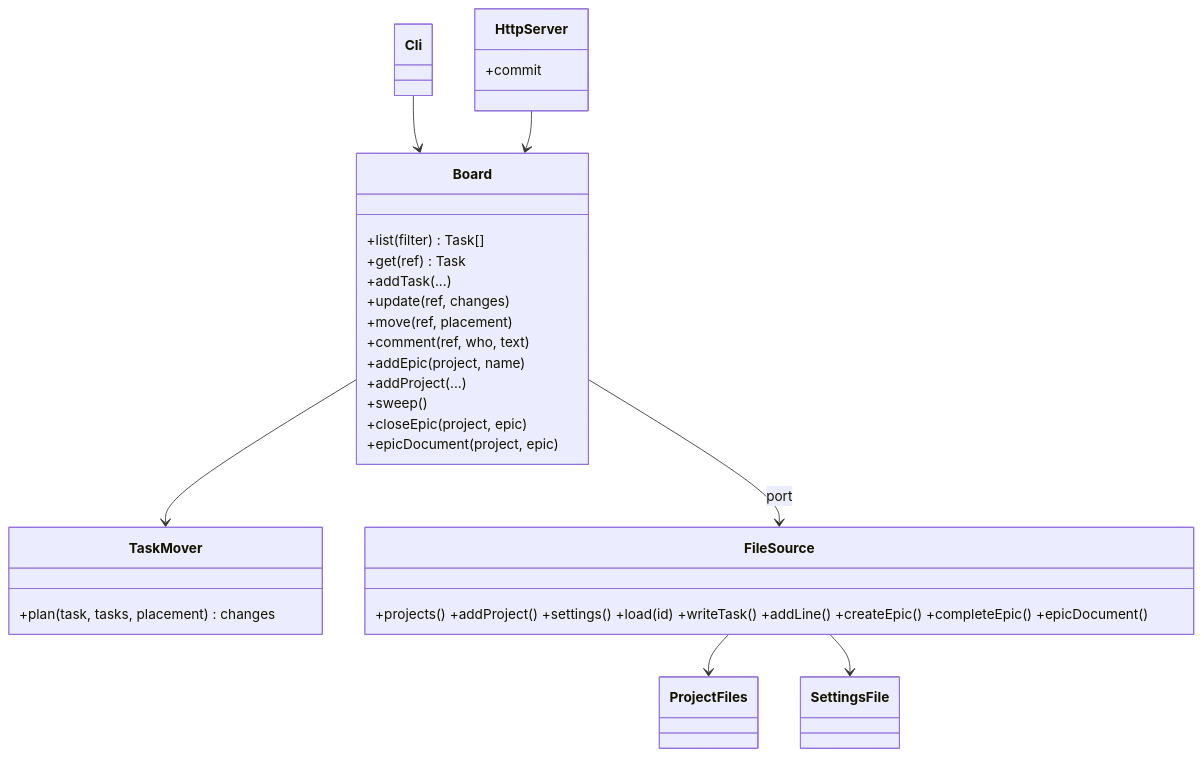
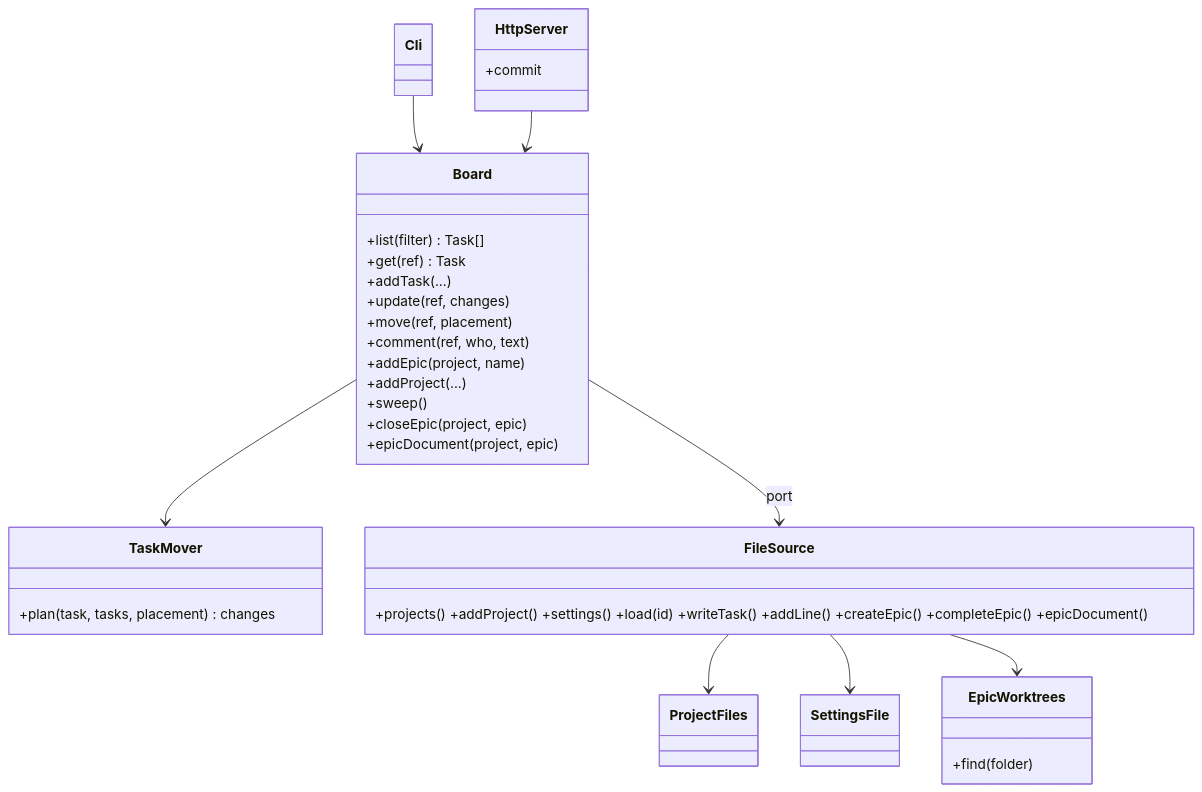
The diagram in Docs/Architecture.md (TabuNuf/doit), drawn with Mermaid before and after one commit. The commit also changed other lines of this file and 7 other files, not shown here.

````diff
--- a/Docs/Architecture.md
+++ b/Docs/Architecture.md
@@ -38,28 +39,30 @@
 ```mermaid
 classDiagram
   class Board {
     +list(filter) Task[]
     +get(ref) Task
     +addTask(...)
     +update(ref, changes)
     +move(ref, placement)
     +comment(ref, who, text)
     +addEpic(project, name)
     +addProject(...)
     +sweep()
     +closeEpic(project, epic)
     +epicDocument(project, epic)
   }
   class TaskMover { +plan(task, tasks, placement) changes }
   class FileSource { +projects() +addProject() +settings() +load(id) +writeTask() +addLine() +createEpic() +completeEpic() +epicDocument() }
   class ProjectFiles
   class SettingsFile
+  class EpicWorktrees { +find(folder) }
   class Cli
   class HttpServer { +commit }
   Board --> TaskMover
   Board --> FileSource : port
   FileSource --> ProjectFiles
   FileSource --> SettingsFile
+  FileSource --> EpicWorktrees
   Cli --> Board
   HttpServer --> Board
 ```
````
